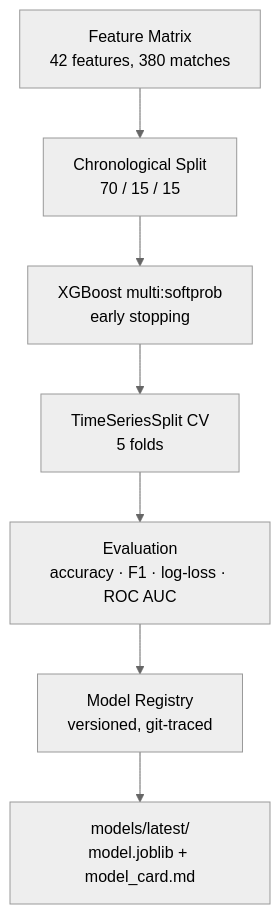
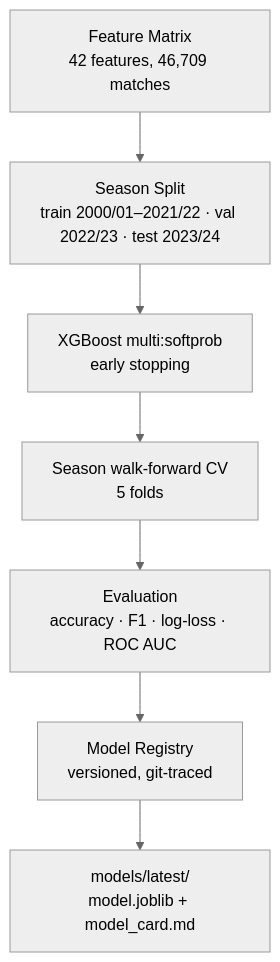
Before and after one commit to SumukhaK/football-intelligence-platform: the third of 6 diagrams in README.md, drawn with Mermaid (neutral theme). The commit also changed other lines of this file, not shown here.

````diff
--- a/README.md
+++ b/README.md
@@ -141,9 +141,9 @@
 ```mermaid
 flowchart TD
-    A[Feature Matrix\n42 features, 380 matches] --> B[Chronological Split\n70 / 15 / 15]
+    A[Feature Matrix\n42 features, 46,709 matches] --> B[Season Split\ntrain 2000/01–2021/22 · val 2022/23 · test 2023/24]
     B --> C[XGBoost multi:softprob\nearly stopping]
-    C --> D[TimeSeriesSplit CV\n5 folds]
+    C --> D[Season walk-forward CV\n5 folds]
     D --> E[Evaluation\naccuracy · F1 · log-loss · ROC AUC]
     E --> F[Model Registry\nversioned, git-traced]
     F --> G[models/latest/\nmodel.joblib + model_card.md]
 ```
````
